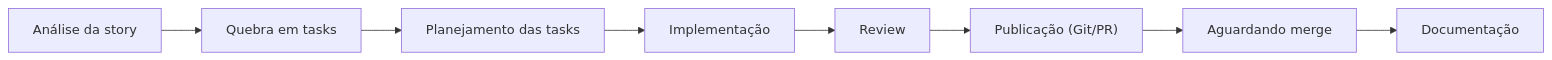
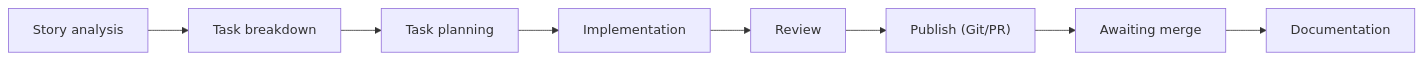
One commit to carinepra/dev-pipeline changed the first of 3 diagrams in README.md. Above: the diagram before and after it, drawn with Mermaid. The commit also changed other lines of this file and 2 other files, not shown here.

````diff
--- a/README.md
+++ b/README.md
@@ -45,10 +44,10 @@
 ```mermaid
 flowchart LR
-  A["Análise da story"] --> B["Quebra em tasks"]
-  B --> C["Planejamento das tasks"]
-  C --> D["Implementação"]
+  A["Story analysis"] --> B["Task breakdown"]
+  B --> C["Task planning"]
+  C --> D["Implementation"]
   D --> E["Review"]
-  E --> F["Publicação (Git/PR)"]
-  F --> G["Aguardando merge"]
-  G --> H["Documentação"]
+  E --> F["Publish (Git/PR)"]
+  F --> G["Awaiting merge"]
+  G --> H["Documentation"]
 ```
````
